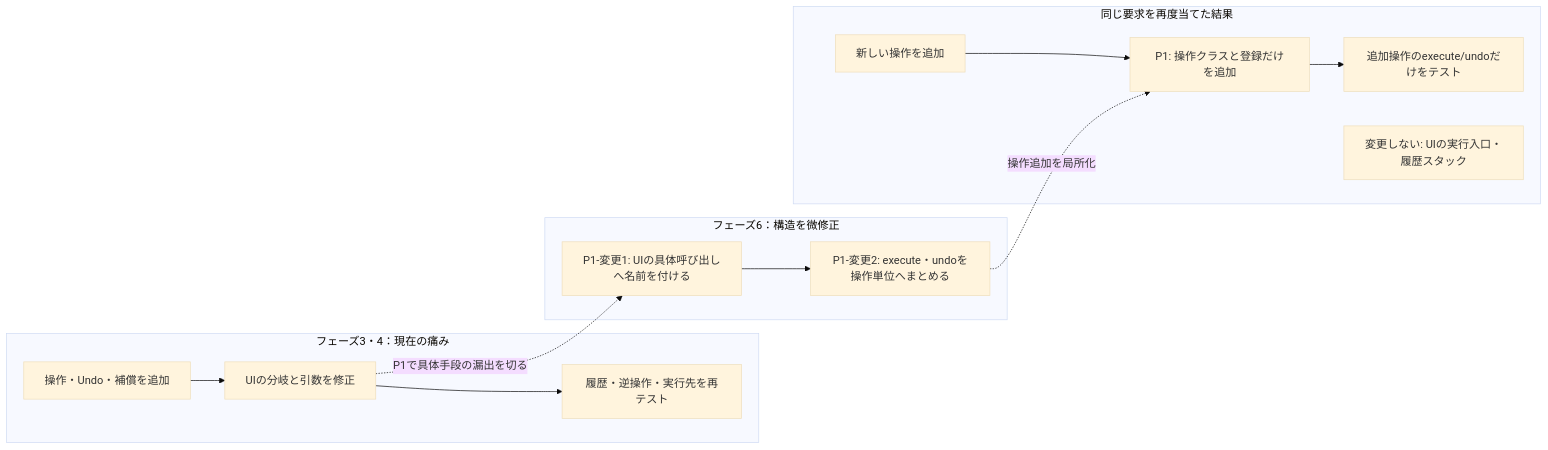
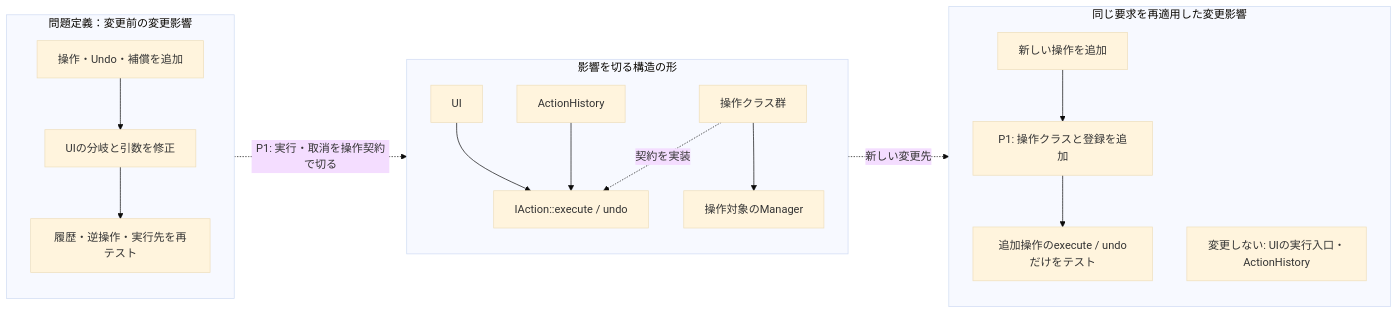
Before and after one commit to kumachan1101-pixel/DesignPattern: the eighth of 15 diagrams in kindle/design-patterns/output/chapter05.md, drawn with Mermaid (base theme). The commit also changed other lines of this file and 22 other files, not shown here.

Commit message:
Show structural change in impact diagrams

````diff
--- a/kindle/design-patterns/output/chapter05.md
+++ b/kindle/design-patterns/output/chapter05.md
@@ -850,17 +851,23 @@
 ```mermaid
 flowchart LR
-    subgraph Pain["フェーズ3・4：現在の痛み"]
+    subgraph Pain["問題定義：変更前の変更影響"]
+        direction TB
         CR["操作・Undo・補償を追加"] --> C1["UIの分岐と引数を修正"]
         C1 --> C2["履歴・逆操作・実行先を再テスト"]
     end
-    subgraph StructuralChange["フェーズ6：構造を微修正"]
-        S1["P1-変更1: UIの具体呼び出しへ名前を付ける"] --> S2["P1-変更2: execute・undoを操作単位へまとめる"]
+    subgraph TargetStructure["影響を切る構造の形"]
+        direction TB
+        UI["UI"] --> A["IAction::execute / undo"]
+        AH["ActionHistory"] --> A
+        AC["操作クラス群"] -. "契約を実装" .-> A
+        AC --> R["操作対象のManager"]
     end
-    subgraph Result["同じ要求を再度当てた結果"]
-        IR["新しい操作を追加"] --> I1["P1: 操作クラスと登録だけを追加"]
-        I1 --> I2["追加操作のexecute/undoだけをテスト"]
-        IS["変更しない: UIの実行入口・履歴スタック"]
+    subgraph Result["同じ要求を再適用した変更影響"]
+        direction TB
+        IR["新しい操作を追加"] --> I1["P1: 操作クラスと登録を追加"]
+        I1 --> I2["追加操作のexecute / undoだけをテスト"]
+        IS["変更しない: UIの実行入口・ActionHistory"]
     end
-    C1 -. "P1で具体手段の漏出を切る" .-> S1
-    S2 -. "操作追加を局所化" .-> I1
+    C1 -. "P1: 実行・取消を操作契約で切る" .-> A
+    A -. "新しい変更先" .-> I1
 ```
````
